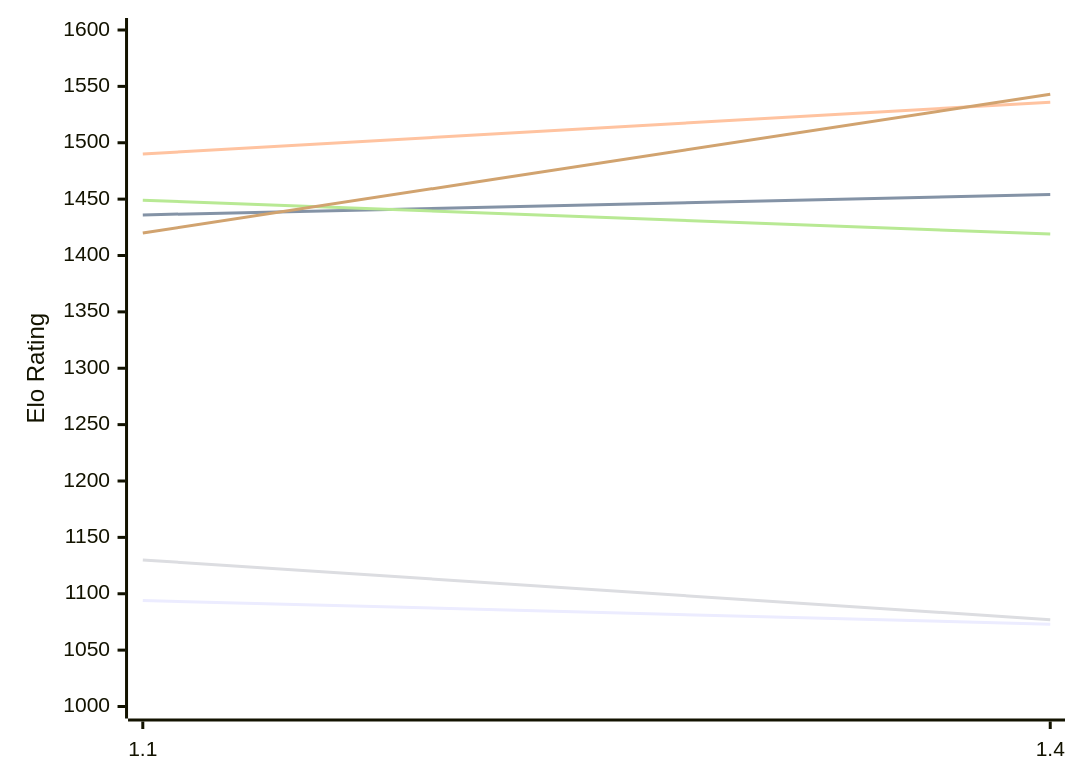
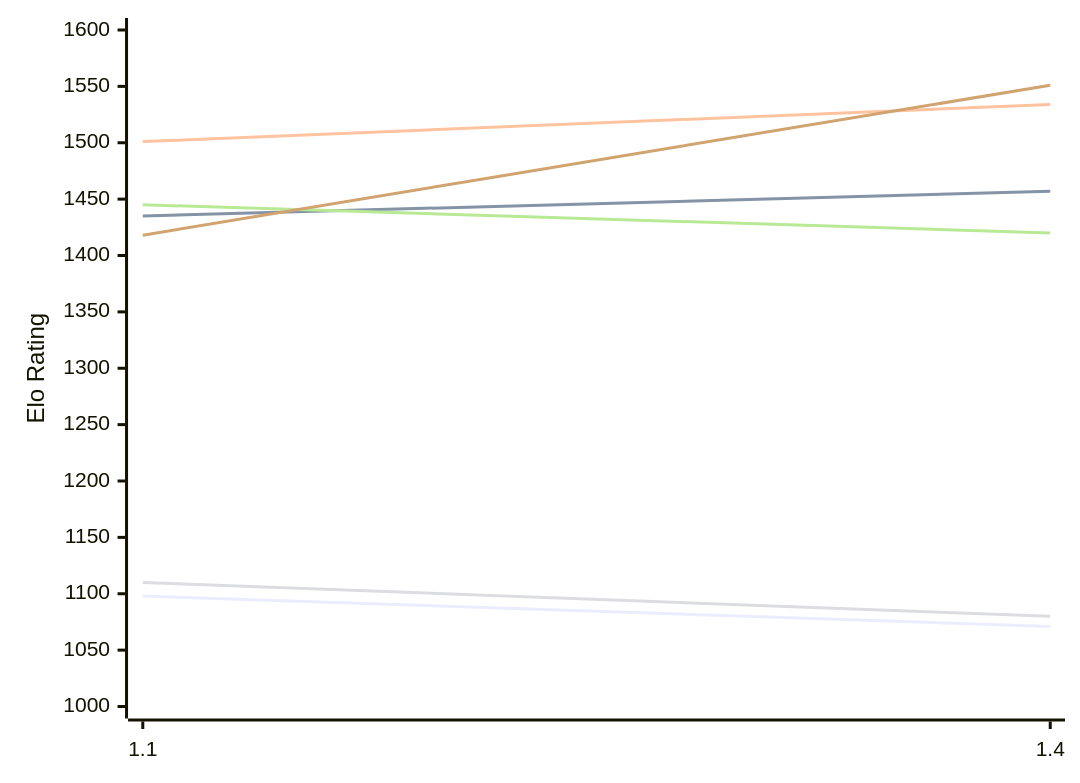
The first of 2 diagrams in engines/USunfish.md (computer-chess-index/cci), drawn with Mermaid before and after one commit. The commit also changed other lines of this file, not shown here.

Commit message:
Update CCI Ratings (ELO VLTC) - 2026-11-16

````diff
--- a/engines/USunfish.md
+++ b/engines/USunfish.md
@@ -50,12 +50,12 @@
 ```mermaid
 %%{init: {"theme":"base","themeVariables":{"seriesColors:['#a3a3a3','#222221','#faa371']}}}%%
 xychart-beta
   x-axis ["1.1", "1.4"]
   y-axis "Elo Rating" 1000 --> 1600
-  line "E1: STC (8.0+0.08s)" [1094, 1073]
-  line "E1: LTC (60.0+0.60s)" [1436, 1454]
-  line "E1: VLTC (2m24s+1.12s)" [1490, 1536]
-  line "P1: STC (8.0+0.08s)" [1130, 1077]
-  line "P1: LTC (60.0+0.60s)" [1449, 1419]
-  line "P1: VLTC (2m24s+1.12s)" [1420, 1543]
+  line "E1: STC (8.0+0.08s)" [1098, 1071]
+  line "E1: LTC (60.0+0.60s)" [1435, 1457]
+  line "E1: VLTC (2m24s+1.12s)" [1501, 1534]
+  line "P1: STC (8.0+0.08s)" [1110, 1080]
+  line "P1: LTC (60.0+0.60s)" [1445, 1420]
+  line "P1: VLTC (2m24s+1.12s)" [1418, 1551]
 ```
````
